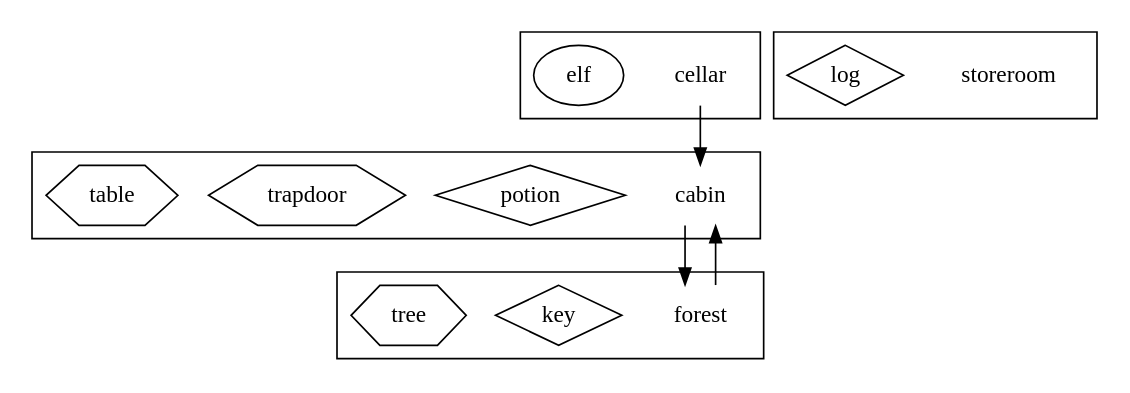
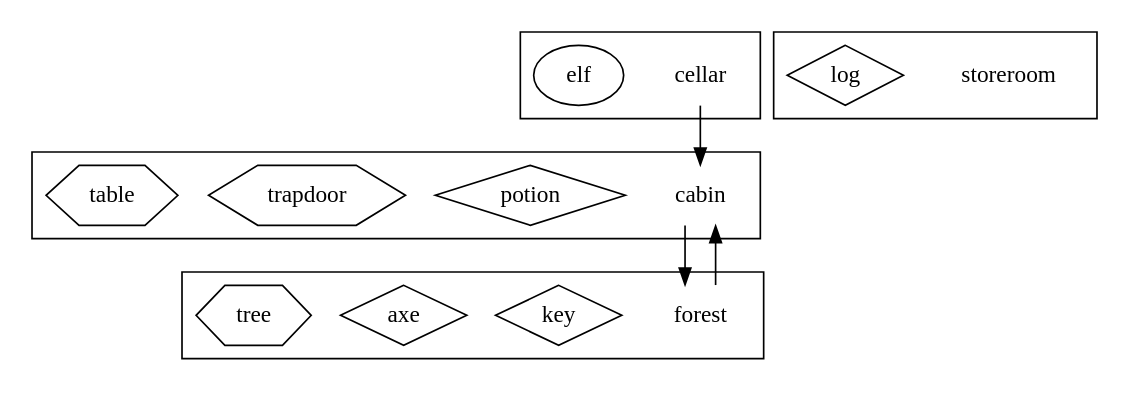
Before and after one commit to MasonSyj/CodeinJava: the diagram in cw-stag/config/basic-entities.dot, drawn with Graphviz. The commit also changed 2 other files, not shown here.

```diff
--- a/cw-stag/config/basic-entities.dot
+++ b/cw-stag/config/basic-entities.dot
@@ -1,65 +1,66 @@
 digraph layout {
     /* ortho splines just makes the arrows into straight lines (rather than curvy ones !) */
     splines = ortho;
     node [shape = "rect"];
 
     subgraph locations {
         subgraph cluster001 {
             node [shape = "none"];
             cabin [description = "A log cabin in the woods"];
             subgraph artefacts {
                 node [shape = "diamond"];
                 potion [description = "Magic potion"];
             }
             subgraph furniture {
                 node [shape = "hexagon"];
                 trapdoor [description = "Wooden trapdoor"];
                 table [description = "A broken table"];
             }
         }
 
         subgraph cluster002 {
             node [shape = "none"];
             forest [description = "A dark forest"];
             subgraph artefacts {
                 node [shape = "diamond"];
                 key [description = "Brass key"];
+                axe [description = "a heavey axe"];
             }
             subgraph furniture {
                 node [shape = "hexagon"];
                 tree [description = "A big tree"];
             }
         }
 
         subgraph cluster003 {
             node [shape = "none"];
             cellar [description = "A dusty cellar"]
             subgraph characters {
                 node [shape = "ellipse"];
                 elf [description = "Angry Elf"];
             }
         }
 
         subgraph cluster999 {
             node [shape = "none"];
             storeroom [description = "Storage for any entities not placed in the game"]
             subgraph characters {
                 node [shape = "ellipse"];
             }
             subgraph artefacts {
                 node [shape = "diamond"];
                 log [description = "A heavy wooden log"];
             }
             subgraph furniture {
                 node [shape = "hexagon"];
             }
         }
     }
 
     subgraph paths {
         cabin -> forest;
         forest -> cabin;
         cellar -> cabin;
     }
 
 }
```
